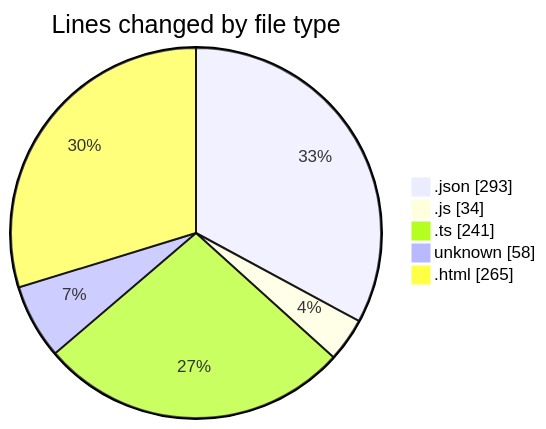
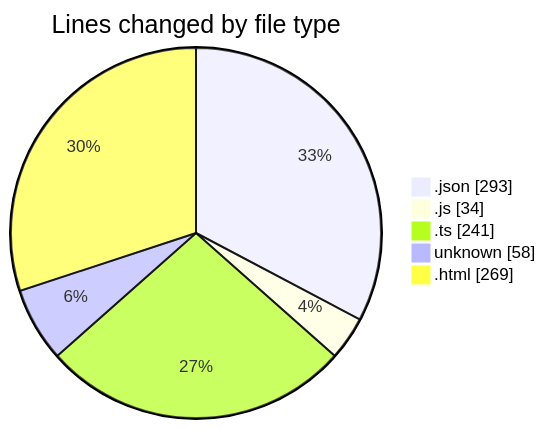
Before and after one commit to momahboobian/code-tracking: the first of 2 diagrams in 2025-05-12/news-clock-system-caspercg/README.md, drawn with Mermaid. The commit also changed other lines of this file and 1 other file, not shown here.

````diff
--- a/2025-05-12/news-clock-system-caspercg/README.md
+++ b/2025-05-12/news-clock-system-caspercg/README.md
@@ -32,9 +32,9 @@
 ```mermaid
 pie showData
 title Lines changed by file type
 ".json" : 293
 ".js" : 34
 ".ts" : 241
 "unknown" : 58
-".html" : 265
+".html" : 269
 ```
````
